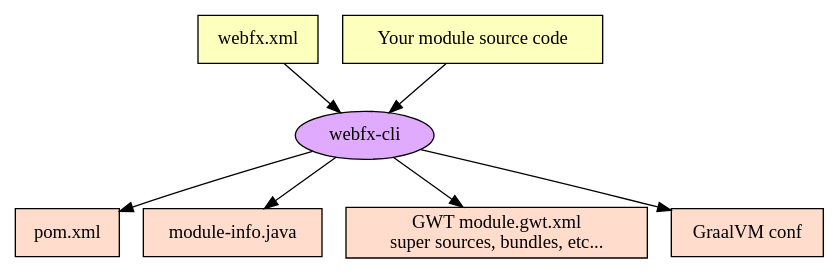
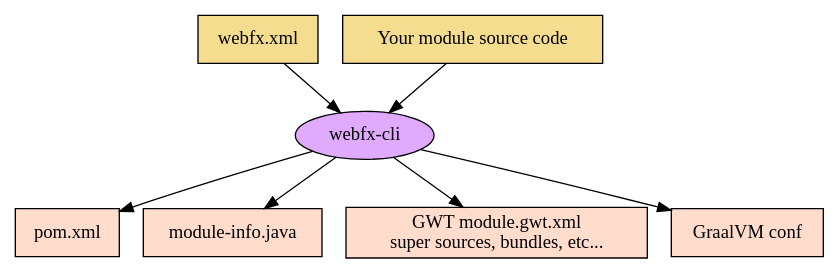
The fourth of 5 diagrams in src/main/asciidoc/webfx-docs.adoc (webfx-project/webfx-docs), drawn with Graphviz before and after one commit. The commit also changed other lines of this file, not shown here.

Commit message:
Updated yellow color

```diff
--- a/src/main/asciidoc/webfx-docs.adoc
+++ b/src/main/asciidoc/webfx-docs.adoc
@@ -201,16 +201,16 @@
 [graphviz, webfx-cli, format=svg]
 ----
 digraph {
     node [ shape=rectangle, fillcolor="#ffdccc", style=filled];
     WebFXCli [label="webfx-cli", shape=ellipse, fillcolor="#e0aaff"];
-    WebFXXml [label="webfx.xml", fillcolor="#FDFFBC"];
-    Code [label="Your module source code", fillcolor="#FDFFBC"];
+    WebFXXml [label="webfx.xml", fillcolor="#f5dd90"];
+    Code [label="Your module source code", fillcolor="#f5dd90"];
     WebFXXml -> WebFXCli
     Code -> WebFXCli
     WebFXCli -> "pom.xml"
     WebFXCli -> "module-info.java"
     WebFXCli -> "GWT module.gwt.xml
 super sources, bundles, etc..."
     WebFXCli -> "GraalVM conf"
 }
 ----
```
